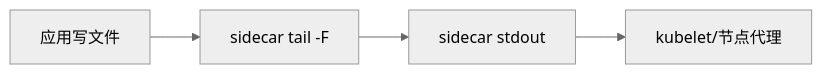
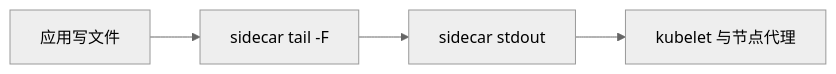
The fifth of 19 diagrams in docs/efk/EFK.md (brinnatt/kubeauto), drawn with Mermaid (neutral theme) before and after one commit. The commit also changed other lines of this file, not shown here.

````diff
--- a/docs/efk/EFK.md
+++ b/docs/efk/EFK.md
@@ -166,8 +166,8 @@
 ```mermaid
 flowchart LR
   F[应用写文件]
   T[sidecar tail -F]
   O[sidecar stdout]
   F --> T --> O
-  O --> K[kubelet/节点代理]
+  O --> K["kubelet 与节点代理"]
 ```
````
